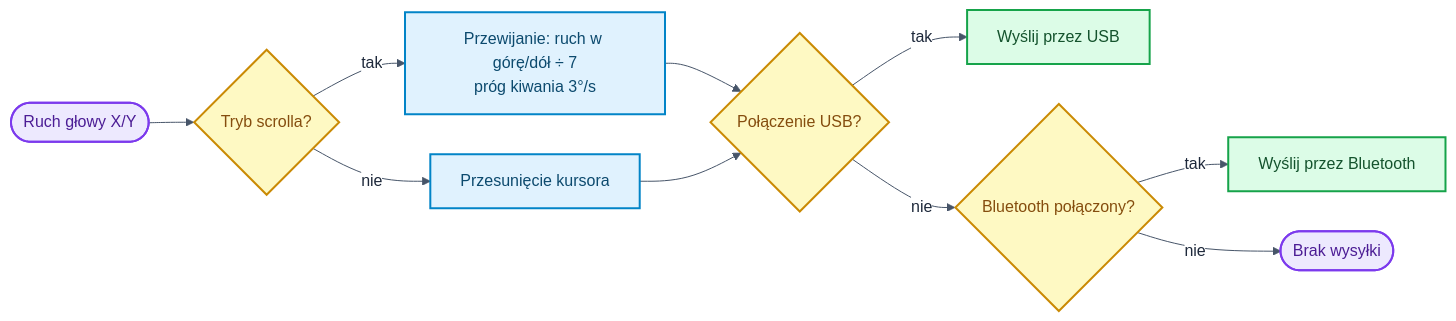
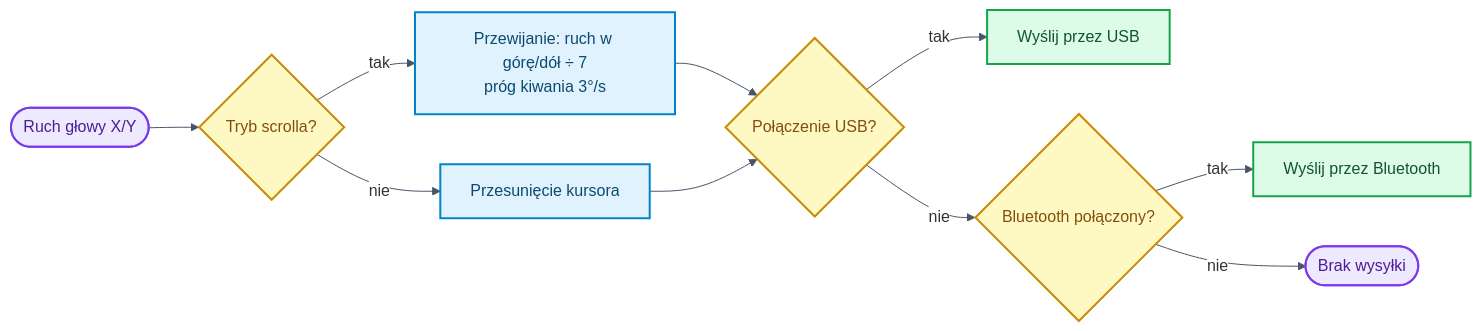
The tenth of 10 diagrams in README.md (bartkadres-ai/HEFAS-4.0), drawn with Mermaid before and after one commit. The commit also changed other lines of this file, not shown here.

````diff
--- a/README.md
+++ b/README.md
@@ -648,22 +650,22 @@
 ```mermaid
-%%{init: {"theme":"base","themeVariables":{"background":"#ffffff","mainBkg":"#ffffff","secondaryColor":"#ffffff","tertiaryColor":"#ffffff","primaryColor":"#ffffff","primaryTextColor":"#1e293b","secondaryTextColor":"#1e293b","tertiaryTextColor":"#1e293b","primaryBorderColor":"#64748b","lineColor":"#475569","clusterBkg":"#f8fafc","clusterBorder":"#cbd5e1","edgeLabelBackground":"#ffffff","textColor":"#1e293b"},"themeCSS":".mermaid,.mermaid svg{background-color:#ffffff!important;padding:8px}.nodeLabel,.edgeLabel,.label,.cluster-label{color:#1e293b!important}.cluster rect{fill:#f8fafc!important;stroke:#cbd5e1!important}","flowchart":{"curve":"basis","nodeSpacing":40,"rankSpacing":45}}}%%
+%%{init: { 'theme': 'default', 'themeVariables': { 'darkMode': false, 'background': '#ffffff', 'mainBkg': '#ffffff', 'primaryColor': '#ffffff', 'secondaryColor': '#ffffff', 'tertiaryColor': '#ffffff', 'primaryTextColor': '#1e293b', 'lineColor': '#475569', 'clusterBkg': '#f8fafc', 'clusterBorder': '#cbd5e1', 'edgeLabelBackground': '#ffffff', 'noteBkgColor': '#f8fafc', 'noteTextColor': '#475569' }}}%%
 flowchart LR
     R([Ruch głowy X/Y]) --> SC{Tryb scrolla?}
     SC -->|tak| WH["Przewijanie: ruch w górę/dół ÷ 7<br/>próg kiwania 3°/s"]
     SC -->|nie| MV[Przesunięcie kursora]
     WH --> CH{Połączenie USB?}
     MV --> CH
     CH -->|tak| UM[Wyślij przez USB]
     CH -->|nie| BM{Bluetooth połączony?}
     BM -->|tak| BL[Wyślij przez Bluetooth]
     BM -->|nie| X([Brak wysyłki])
 
     classDef startEnd fill:#ede9fe,stroke:#7c3aed,stroke-width:2px,color:#4c1d95
     classDef process fill:#e0f2fe,stroke:#0284c7,stroke-width:2px,color:#0c4a6e
     classDef decision fill:#fef9c3,stroke:#ca8a04,stroke-width:2px,color:#854d0e
     classDef io fill:#dcfce7,stroke:#16a34a,stroke-width:2px,color:#14532d
     class R,X startEnd
     class WH,MV process
     class SC,CH,BM decision
     class UM,BL io
 ```
````
